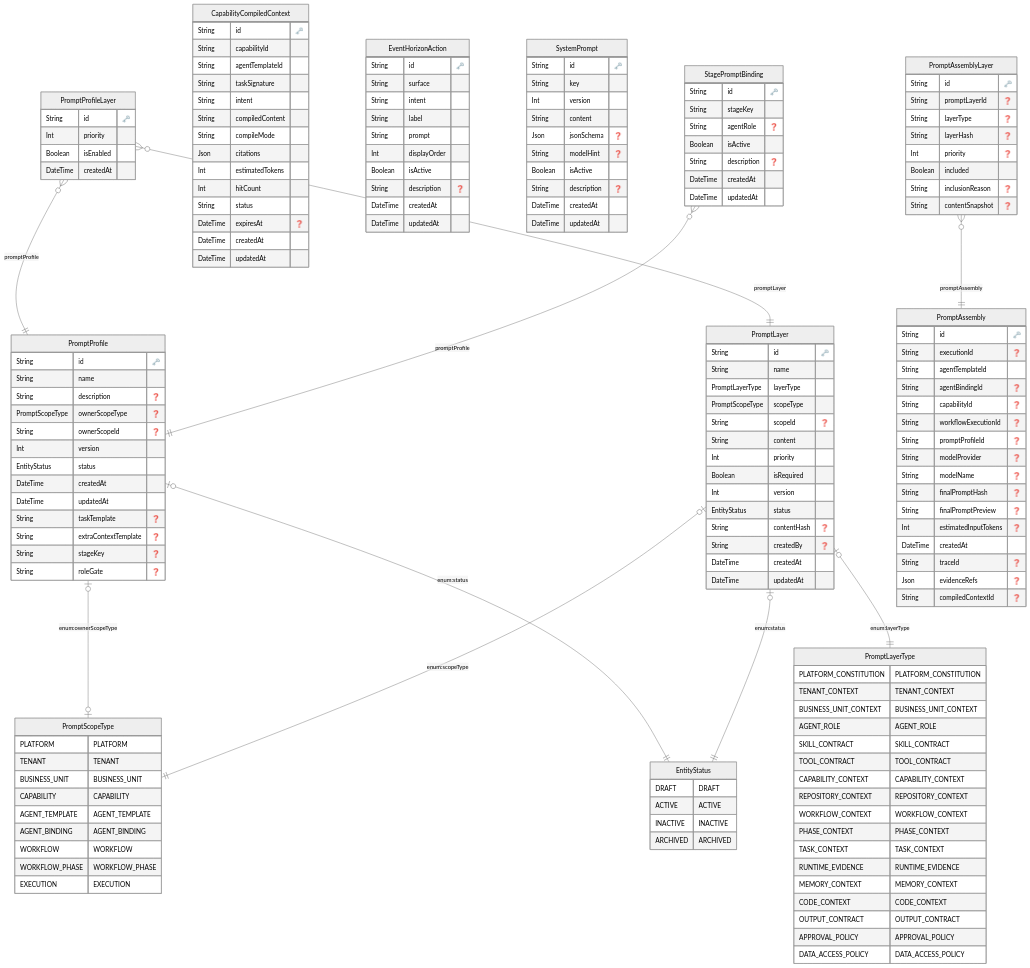
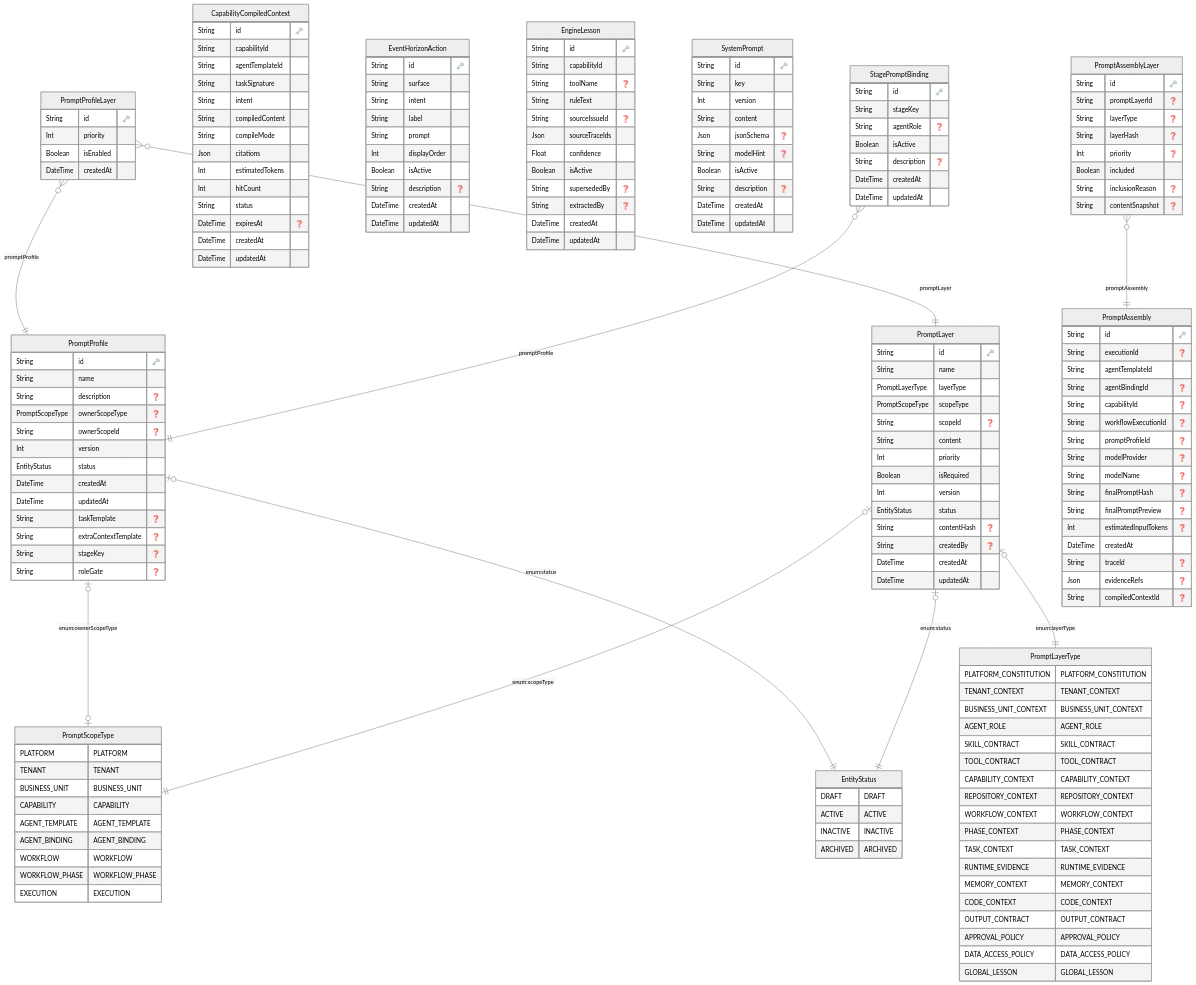
The diagram in docs/data-model/03-prompt-composer-owned.md (ashokraj2011/singularity-platform), drawn with Mermaid (neutral theme) before and after one commit. The commit also changed 14 other files, not shown here.

```diff
--- a/docs/data-model/03-prompt-composer-owned.md
+++ b/docs/data-model/03-prompt-composer-owned.md
@@ -42,6 +42,7 @@
 OUTPUT_CONTRACT OUTPUT_CONTRACT
 APPROVAL_POLICY APPROVAL_POLICY
 DATA_ACCESS_POLICY DATA_ACCESS_POLICY
+GLOBAL_LESSON GLOBAL_LESSON
         }
     
   "PromptProfile" {
@@ -139,6 +140,22 @@
     }
   
 
+  "EngineLesson" {
+    String id "🗝️"
+    String capabilityId 
+    String toolName "❓"
+    String ruleText 
+    String sourceIssueId "❓"
+    Json sourceTraceIds 
+    Float confidence 
+    Boolean isActive 
+    String supersededBy "❓"
+    String extractedBy "❓"
+    DateTime createdAt 
+    DateTime updatedAt 
+    }
+  
+
   "SystemPrompt" {
     String id "🗝️"
     String key 
```
